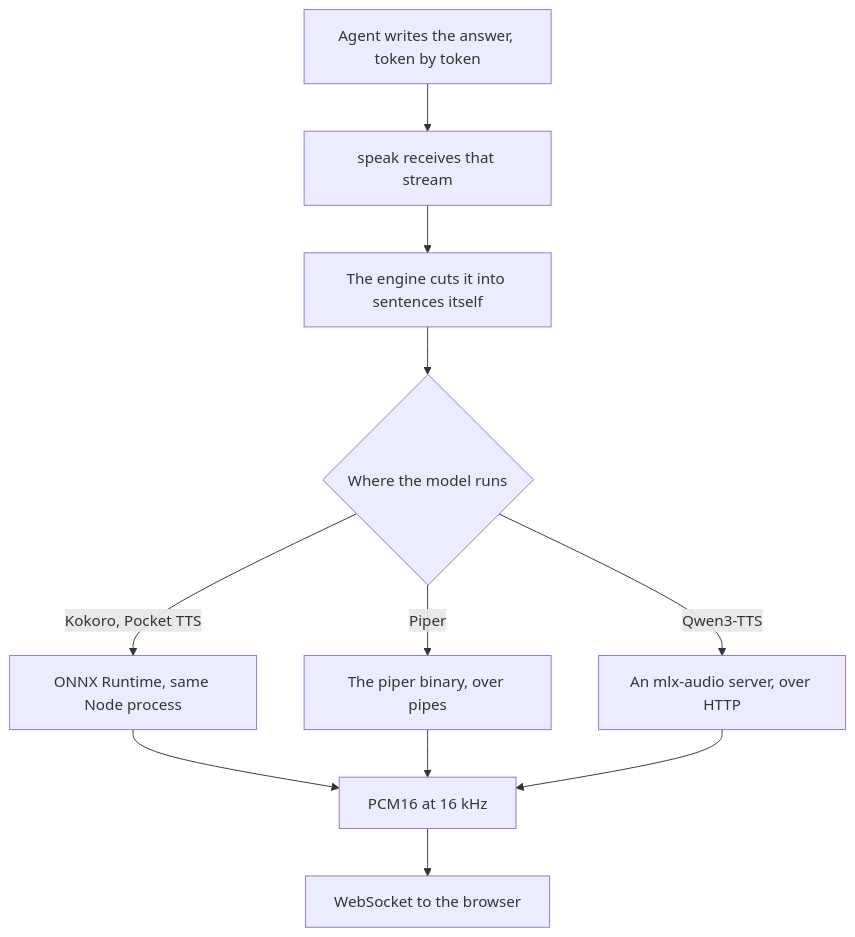
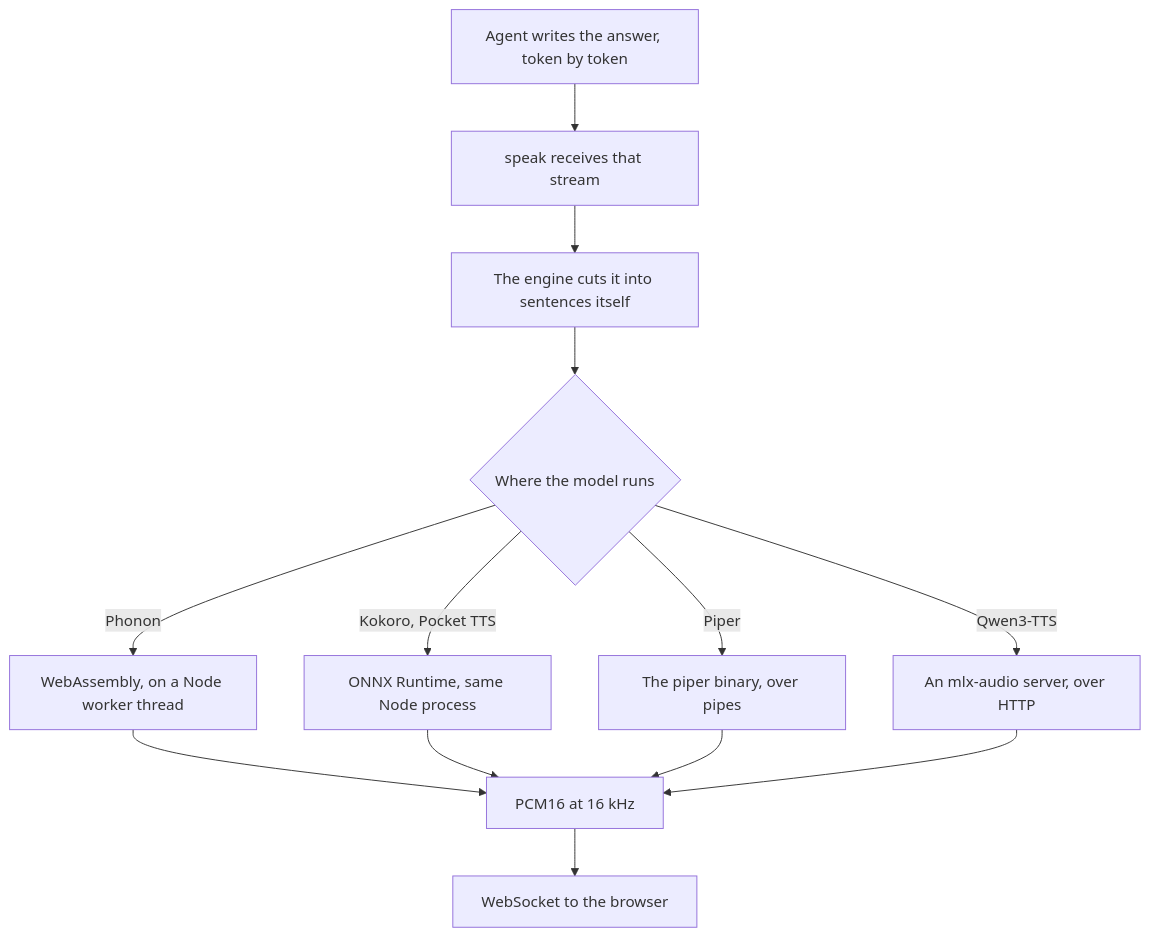
The diagram in website/src/content/blog/local-tts-node-kokoro-vs-piper/index.mdx (Godefroy/micdrop), drawn with Mermaid before and after one commit. The commit also changed other lines of this file, not shown here.

First line of the commit message:
content(website): add Phonon to the local text to speech post

````diff
--- a/website/src/content/blog/local-tts-node-kokoro-vs-piper/index.mdx
+++ b/website/src/content/blog/local-tts-node-kokoro-vs-piper/index.mdx
@@ -57,13 +63,15 @@
 ```mermaid
 graph TD
     A[Agent writes the answer, token by token] --> B[speak receives that stream]
     B --> C[The engine cuts it into sentences itself]
     C --> D{Where the model runs}
+    D -->|Phonon| P[WebAssembly, on a Node worker thread]
     D -->|Kokoro, Pocket TTS| E[ONNX Runtime, same Node process]
     D -->|Piper| F[The piper binary, over pipes]
     D -->|Qwen3-TTS| Q[An mlx-audio server, over HTTP]
-    E --> G[PCM16 at 16 kHz]
+    P --> G[PCM16 at 16 kHz]
+    E --> G
     F --> G
     Q --> G
     G --> H[WebSocket to the browser]
 ```
````
